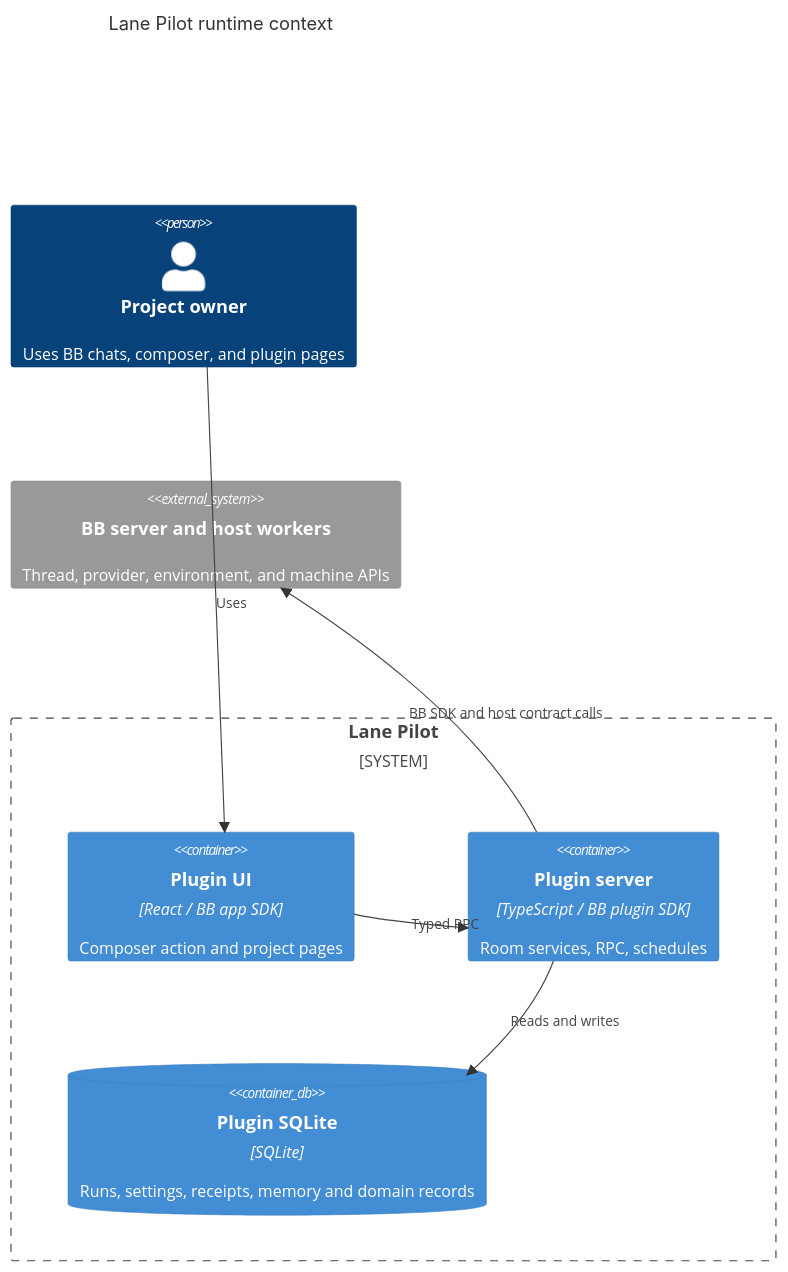
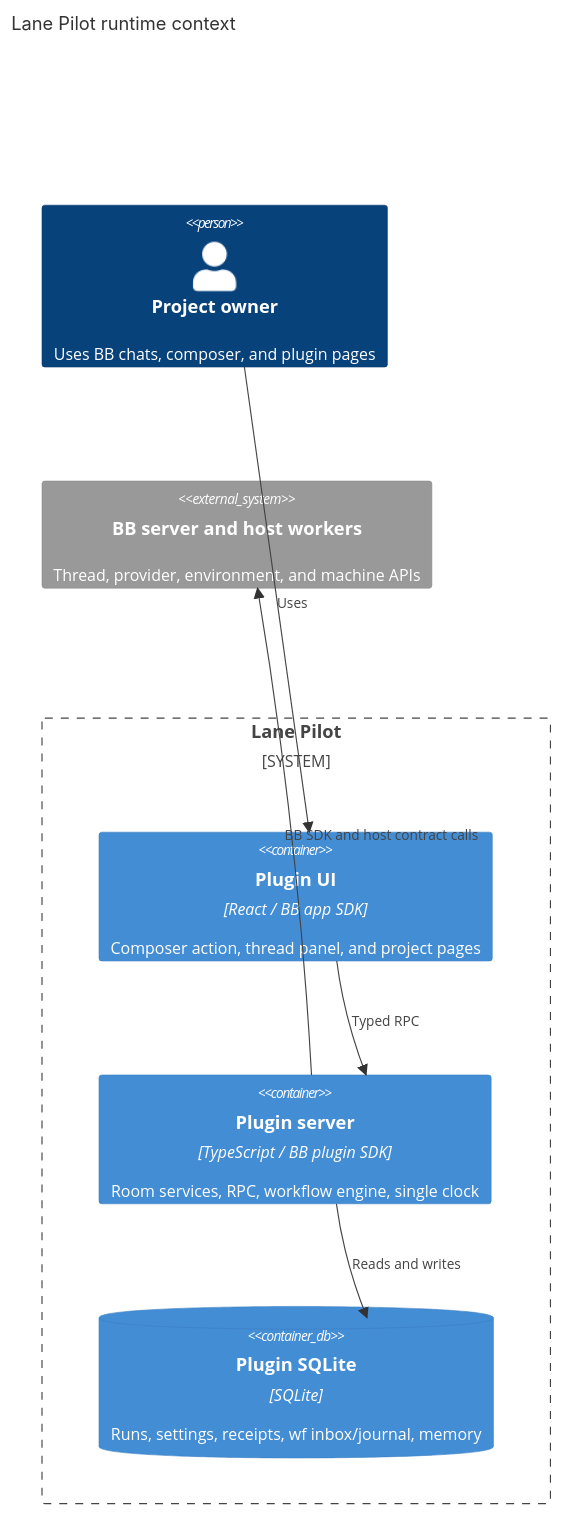
The first of 2 diagrams in docs/architecture.md (VKirill/bb-plugin-lane-pilot), drawn with Mermaid before and after one commit. The commit also changed other lines of this file and 4392 other files, not shown here.

First line of the commit message:
feat: pause, prune, one scheduler, one architecture (0.1.610)

````diff
--- a/docs/architecture.md
+++ b/docs/architecture.md
@@ -57,15 +56,15 @@
 ```mermaid
 C4Container
   title Lane Pilot runtime context
   Person(owner, "Project owner", "Uses BB chats, composer, and plugin pages")
   System_Boundary(lp, "Lane Pilot") {
-    Container(app, "Plugin UI", "React / BB app SDK", "Composer action and project pages")
-    Container(server, "Plugin server", "TypeScript / BB plugin SDK", "Room services, RPC, schedules")
-    ContainerDb(db, "Plugin SQLite", "SQLite", "Runs, settings, receipts, memory and domain records")
+    Container(app, "Plugin UI", "React / BB app SDK", "Composer action, thread panel, and project pages")
+    Container(server, "Plugin server", "TypeScript / BB plugin SDK", "Room services, RPC, workflow engine, single clock")
+    ContainerDb(db, "Plugin SQLite", "SQLite", "Runs, settings, receipts, wf inbox/journal, memory")
   }
   System_Ext(bb, "BB server and host workers", "Thread, provider, environment, and machine APIs")
   Rel(owner, app, "Uses")
   Rel(app, server, "Typed RPC")
   Rel(server, bb, "BB SDK and host contract calls")
   Rel(server, db, "Reads and writes")
 ```
````
